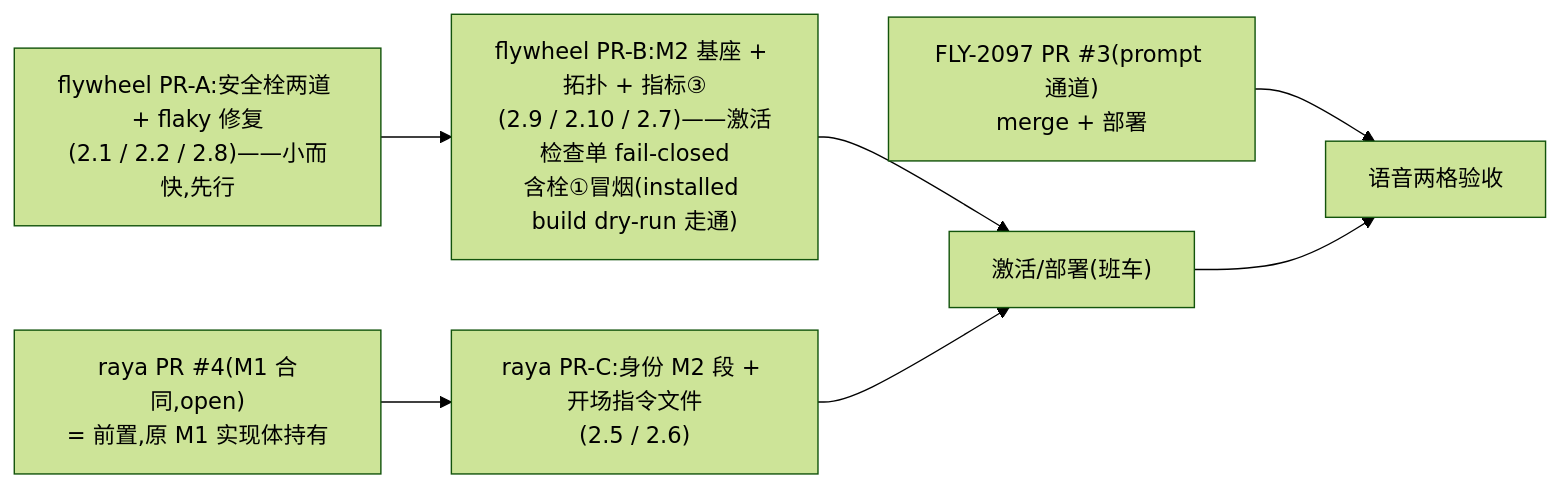
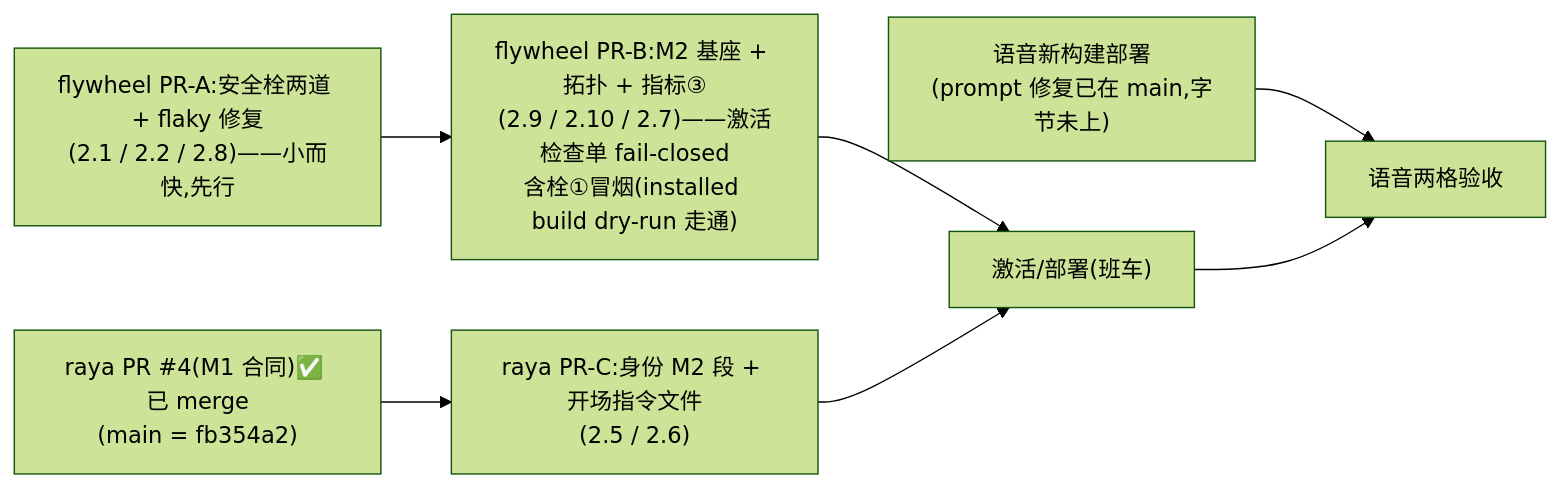
Before and after one commit to xrliAnnie/flywheel-qa-sandbox: the second of 2 diagrams in engineering/doc/FLY-2131-raya-brain-absorb/plan.md, drawn with Mermaid (forest theme). The commit also changed other lines of this file, not shown here.

First line of the commit message:
docs(FLY-2131): plan rev4 — adopt Codex R3 (write-ahead round ledger, method contract, stale prose refresh)

````diff
--- a/engineering/doc/FLY-2131-raya-brain-absorb/plan.md
+++ b/engineering/doc/FLY-2131-raya-brain-absorb/plan.md
@@ -145,9 +152,9 @@
 ```mermaid
 flowchart LR
   PA["flywheel PR-A:安全栓两道 + flaky 修复<br/>(2.1 / 2.2 / 2.8)——小而快,先行"] --> PB
   PB["flywheel PR-B:M2 基座 + 拓扑 + 指标③<br/>(2.9 / 2.10 / 2.7)——激活检查单 fail-closed<br/>含栓①冒烟(installed build dry-run 走通)"] --> ACT["激活/部署(班车)"]
-  P4["raya PR #4(M1 合同,open)<br/>= 前置,原 M1 实现体持有"] --> PC
+  P4["raya PR #4(M1 合同)✅ 已 merge<br/>(main = fb354a2)"] --> PC
   PC["raya PR-C:身份 M2 段 + 开场指令文件<br/>(2.5 / 2.6)"] --> ACT
-  P97["FLY-2097 PR #3(prompt 通道)<br/>merge + 部署"] --> VACC["语音两格验收"]
+  P97["语音新构建部署<br/>(prompt 修复已在 main,字节未上)"] --> VACC["语音两格验收"]
   ACT --> VACC
 ```
````
